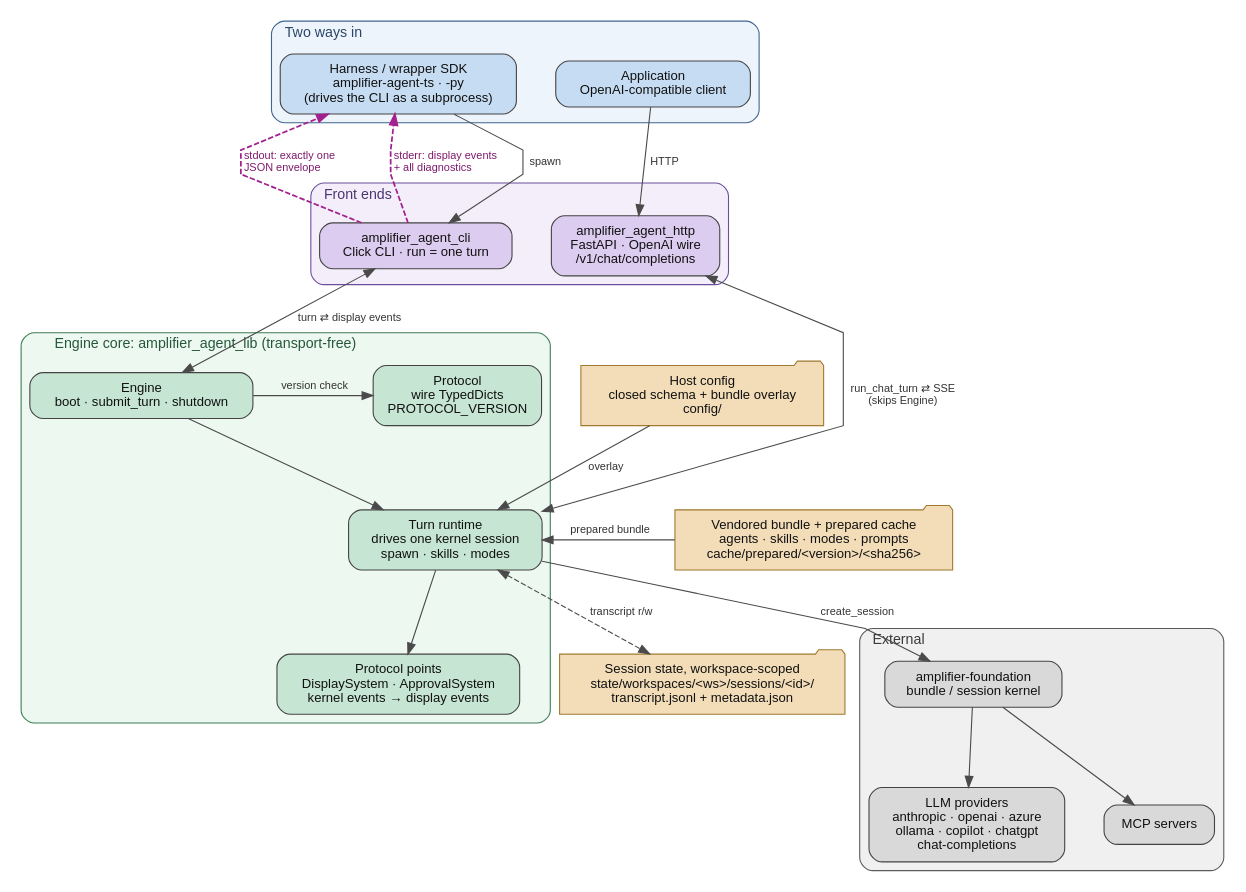
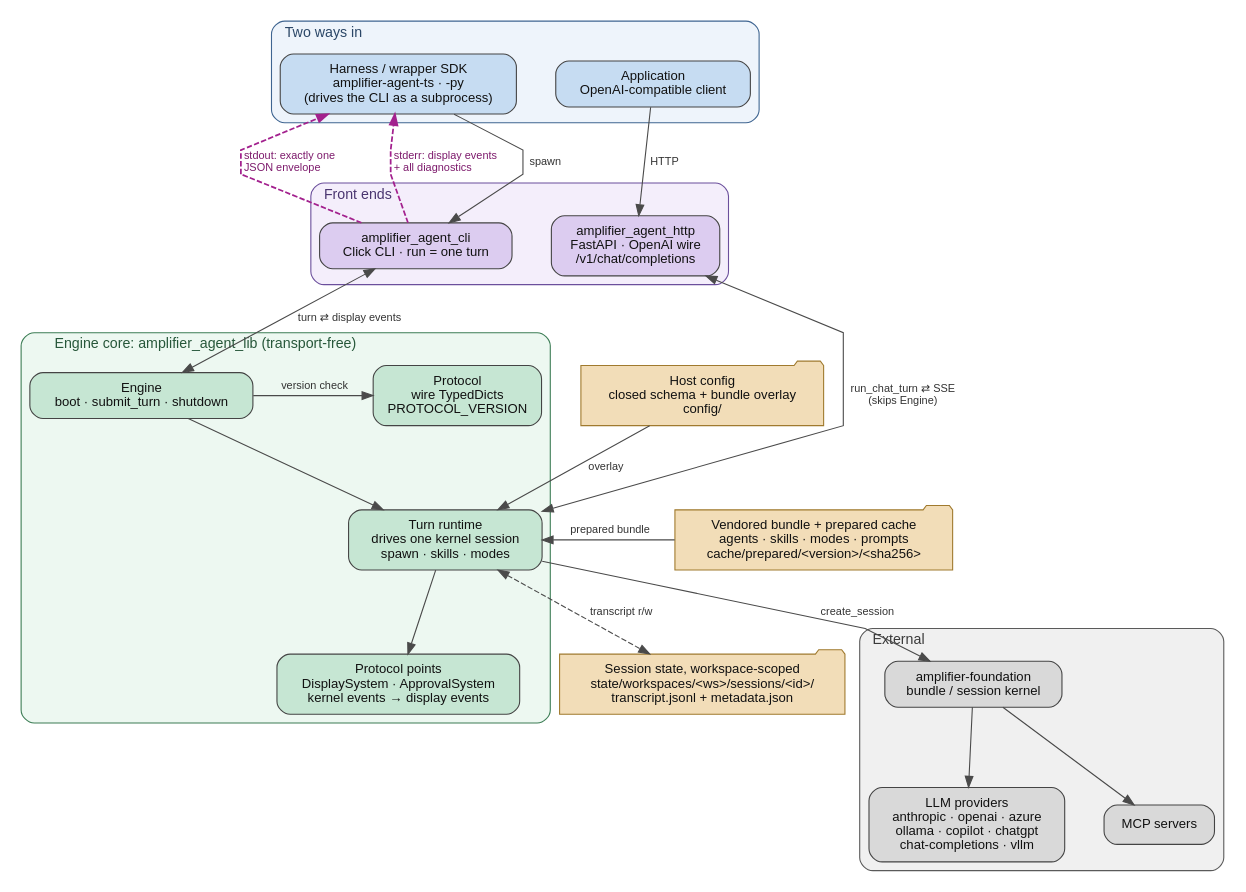
The diagram in docs/architecture/architecture.dot (microsoft/amplifier-agent), drawn with Graphviz before and after one commit. The commit also changed 9 other files, not shown here.

First line of the commit message:
docs(providers): document vllm provider

```diff
--- a/docs/architecture/architecture.dot
+++ b/docs/architecture/architecture.dot
@@ -1,128 +1,128 @@
 // amplifier-agent architecture.
 //
 // Source of truth for docs/architecture/architecture.png.
 // Regenerate with:  dot -Tpng architecture.dot -o architecture.png
 //
 // Scope: the shape of the system, not its inventory. Module groups are
 // collapsed into one node where the group behaves as one thing, and only the
 // edges that explain the system are drawn. See docs/ARCHITECTURE.md for the
 // narrative, docs/SPEC.md for the full contract surface, and
 // architecture/data-flows.md for step-by-step traces.
 
 digraph amplifier_agent {
   rankdir=TB;
   compound=true;
   newrank=true;
   splines=polyline;
   nodesep=0.5;
   ranksep=0.9;
 
   graph [fontname="Helvetica", fontsize=13, labelloc="t", labeljust="l"];
   node  [fontname="Helvetica", fontsize=12, shape=box, style="rounded,filled",
          color="#444444", fontcolor="#111111", margin="0.18,0.11"];
   edge  [fontname="Helvetica", fontsize=10, color="#4a4a4a", fontcolor="#333333"];
 
   // ------------------------------------------------------------- consumers
   subgraph cluster_consumers {
     label="Two ways in";
     style="rounded,filled";
     fillcolor="#eef4fb";
     color="#3f6591";
     fontcolor="#2b4767";
 
     node [fillcolor="#c6dcf2"];
     harness [label="Harness / wrapper SDK\namplifier-agent-ts · -py\n(drives the CLI as a subprocess)"];
     app     [label="Application\nOpenAI-compatible client"];
   }
 
   // ------------------------------------------------------------ front ends
   subgraph cluster_frontends {
     label="Front ends";
     style="rounded,filled";
     fillcolor="#f4eefb";
     color="#6b4f9c";
     fontcolor="#4a3570";
 
     node [fillcolor="#dcccf0"];
     cli  [label="amplifier_agent_cli\nClick CLI · run = one turn"];
     http [label="amplifier_agent_http\nFastAPI · OpenAI wire\n/v1/chat/completions"];
   }
 
   // ------------------------------------------------------------ engine core
   subgraph cluster_core {
     label="Engine core: amplifier_agent_lib (transport-free)";
     style="rounded,filled";
     fillcolor="#edf8f1";
     color="#3c7d55";
     fontcolor="#27573a";
 
     node [fillcolor="#c6e6d3"];
     engine   [label="Engine\nboot · submit_turn · shutdown"];
     protocol [label="Protocol\nwire TypedDicts\nPROTOCOL_VERSION"];
     runtime  [label="Turn runtime\ndrives one kernel session\nspawn · skills · modes"];
     points   [label="Protocol points\nDisplaySystem · ApprovalSystem\nkernel events → display events"];
   }
 
   // ------------------------------------------------------- inputs / on-disk
   // Deliberately not a cluster: an extra box here only stretches the layout.
   // Shared fill + folder shape carries the grouping. Home is
   // ~/.amplifier-agent ($AMPLIFIER_AGENT_HOME).
   {
     node [fillcolor="#f2ddb8", shape=folder, style="filled", color="#a07a2e"];
     bundle [label="Vendored bundle + prepared cache\nagents · skills · modes · prompts\ncache/prepared/<version>/<sha256>"];
     config [label="Host config\nclosed schema + bundle overlay\nconfig/"];
     state  [label="Session state, workspace-scoped\nstate/workspaces/<ws>/sessions/<id>/\ntranscript.jsonl + metadata.json"];
   }
 
   // -------------------------------------------------------------- external
   subgraph cluster_external {
     label="External";
     style="rounded,filled";
     fillcolor="#f0f0f0";
     color="#5a5a5a";
     fontcolor="#3a3a3a";
 
     node [fillcolor="#d9d9d9"];
     kernel    [label="amplifier-foundation\nbundle / session kernel"];
-    providers [label="LLM providers\nanthropic · openai · azure\nollama · copilot · chatgpt\nchat-completions"];
+    providers [label="LLM providers\nanthropic · openai · azure\nollama · copilot · chatgpt\nchat-completions · vllm"];
     mcp       [label="MCP servers"];
   }
 
   // ==================================================================== edges
 
   // in
   harness -> cli  [label="  spawn"];
   app     -> http [label="  HTTP"];
 
   // the CLI stream contract: one envelope out, everything else on stderr
   cli -> harness [color="#a3218e", fontcolor="#7d1a6c", style=dashed, penwidth=1.6,
                   label="  stdout: exactly one\l  JSON envelope\l"];
   cli -> harness [color="#a3218e", fontcolor="#7d1a6c", style=dashed, penwidth=1.6,
                   label="  stderr: display events\l  + all diagnostics\l"];
 
   // both front ends reach the same core; output returns the same way
   cli  -> engine  [dir=both, label="  turn ⇄ display events"];
   http -> runtime [dir=both, label="  run_chat_turn ⇄ SSE\n  (skips Engine)"];
 
   // core internals
   engine  -> protocol [label="  version check"];
   engine  -> runtime;
   runtime -> points;
   runtime -> kernel   [label="  create_session"];
 
   // inputs feed the core; session state comes back out
   bundle  -> runtime [label="  prepared bundle"];
   config  -> runtime [label="  overlay"];
   runtime -> state   [dir=both, style=dashed, label="  transcript r/w"];
 
   // external fan-out
   kernel -> providers;
   kernel -> mcp;
 
   // layering
   { rank=same; harness; app; }
   { rank=same; cli; http; }
   { rank=same; engine; protocol; config; }
   { rank=same; runtime; bundle; }
   { rank=same; points; state; kernel; }
 }
```
